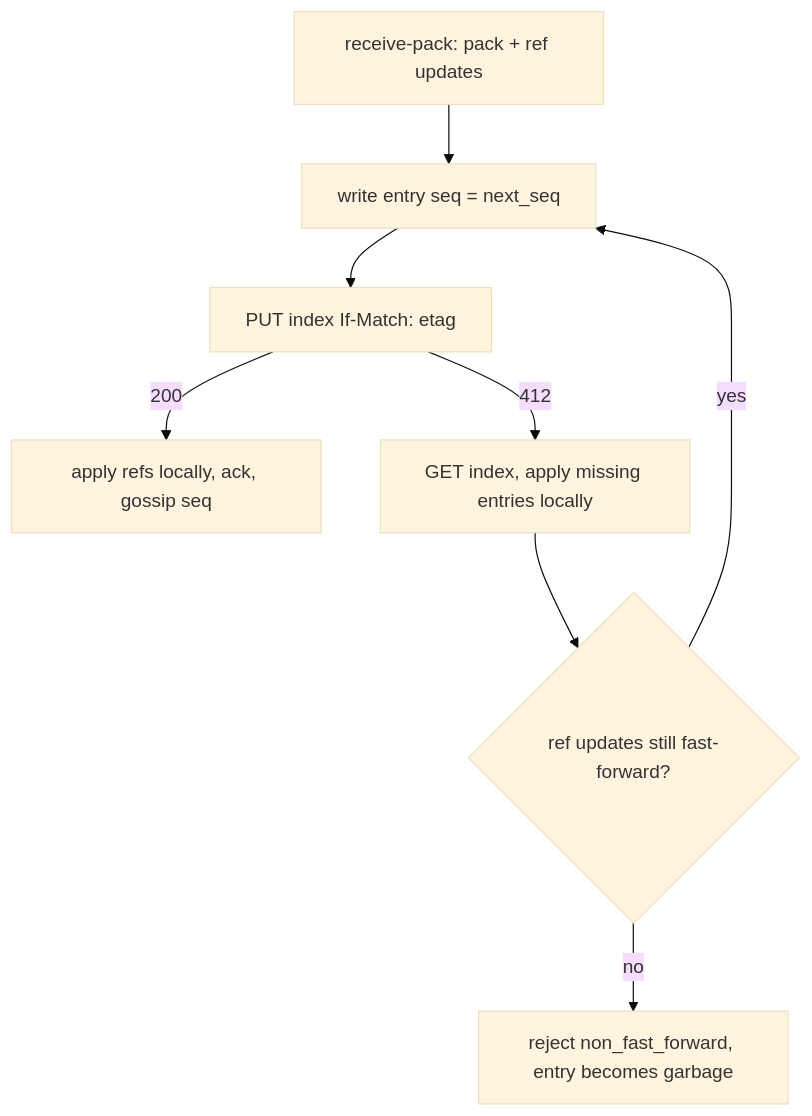
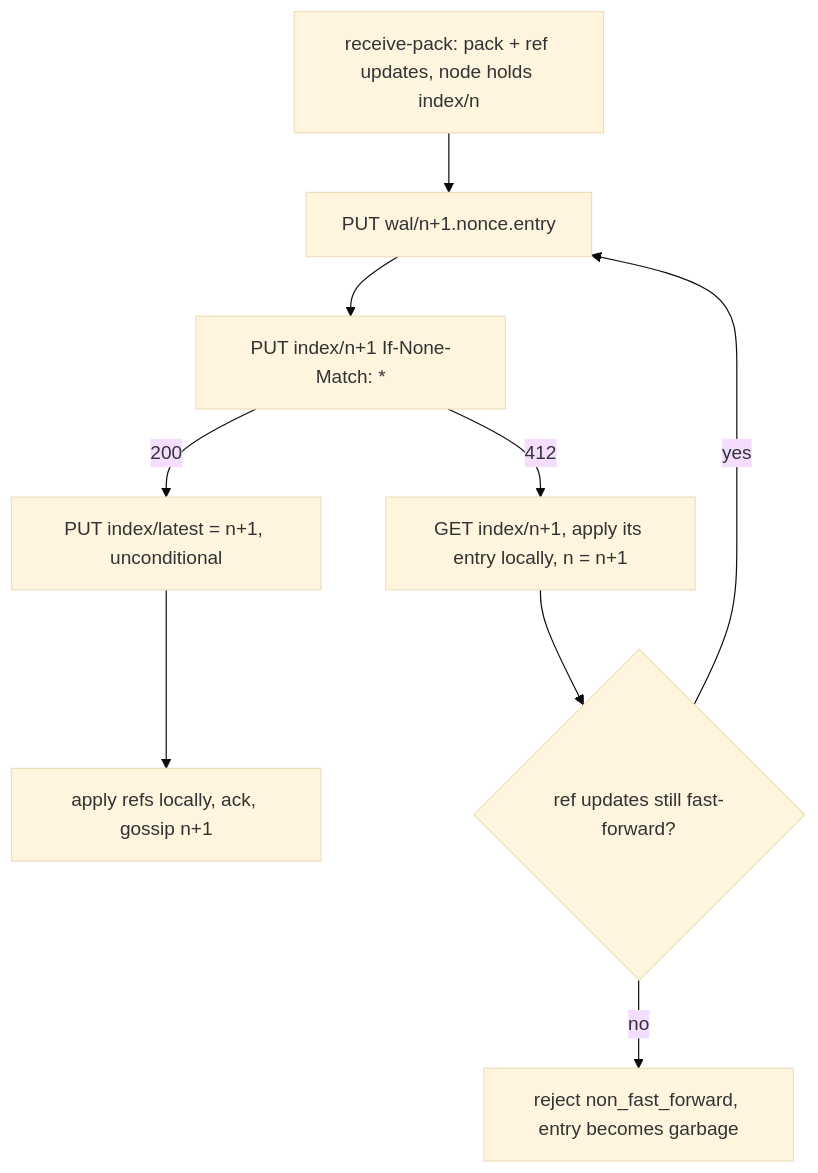
One commit to latere-ai/origo changed the diagram in specs/004-write-ahead-log.md. Above: the diagram before and after it, drawn with Mermaid (base theme). The commit also changed other lines of this file and 2 other files, not shown here.

First line of the commit message:
specs: 004 commits by create-if-absent on an immutable index, 001 follows

````diff
--- a/specs/004-write-ahead-log.md
+++ b/specs/004-write-ahead-log.md
@@ -80,10 +107,11 @@
 ```mermaid
 flowchart TD
-  A[receive-pack: pack + ref updates] --> B[write entry seq = next_seq]
-  B --> C[PUT index If-Match: etag]
-  C -->|200| D[apply refs locally, ack, gossip seq]
-  C -->|412| E[GET index, apply missing entries locally]
-  E --> F{ref updates still fast-forward?}
-  F -->|yes| B
-  F -->|no| G[reject non_fast_forward, entry becomes garbage]
+  A[receive-pack: pack + ref updates, node holds index/n] --> B[PUT wal/n+1.nonce.entry]
+  B --> C[PUT index/n+1 If-None-Match: *]
+  C -->|200| D[PUT index/latest = n+1, unconditional]
+  D --> E[apply refs locally, ack, gossip n+1]
+  C -->|412| F[GET index/n+1, apply its entry locally, n = n+1]
+  F --> G{ref updates still fast-forward?}
+  G -->|yes| B
+  G -->|no| H[reject non_fast_forward, entry becomes garbage]
 ```
````
